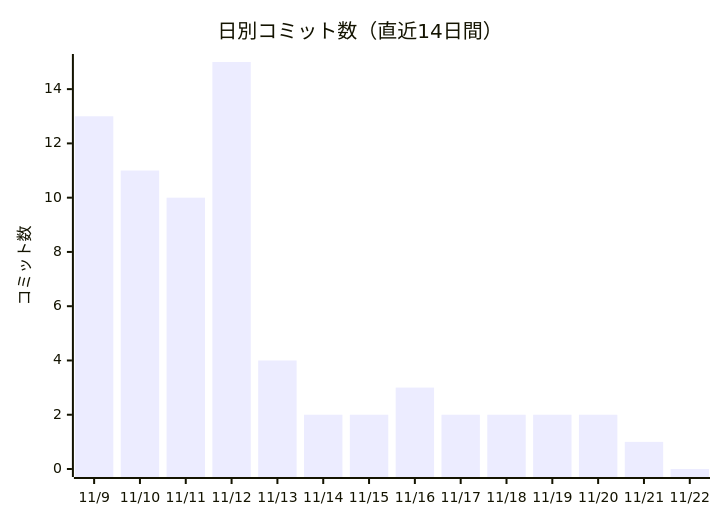
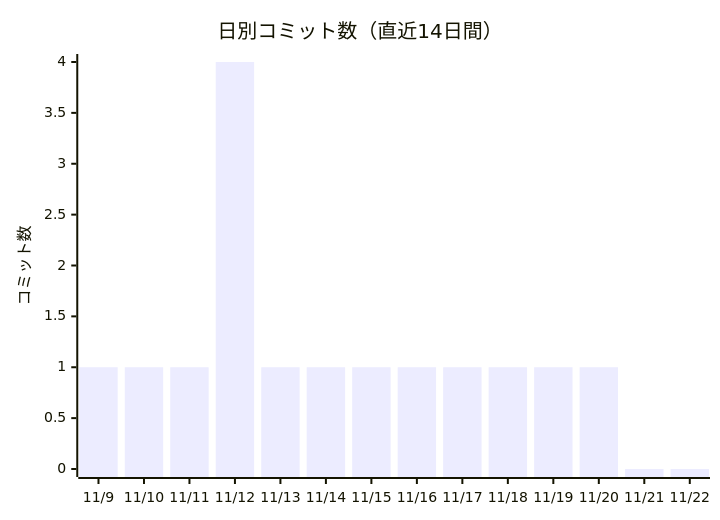
One commit to non-x2/non-x2 changed the first of 2 diagrams in docs/進化レポート.md. Above: the diagram before and after it, drawn with Mermaid. The commit also changed other lines of this file and 1 other file, not shown here.

````diff
--- a/docs/進化レポート.md
+++ b/docs/進化レポート.md
@@ -25,7 +25,7 @@
 ```mermaid
 xychart-beta
     title "日別コミット数（直近14日間）"
     x-axis ["11/9", "11/10", "11/11", "11/12", "11/13", "11/14", "11/15", "11/16", "11/17", "11/18", "11/19", "11/20", "11/21", "11/22"]
     y-axis "コミット数"
-    bar [13, 11, 10, 15, 4, 2, 2, 3, 2, 2, 2, 2, 1, 0]
+    bar [1, 1, 1, 4, 1, 1, 1, 1, 1, 1, 1, 1, 0, 0]
 ```
````
